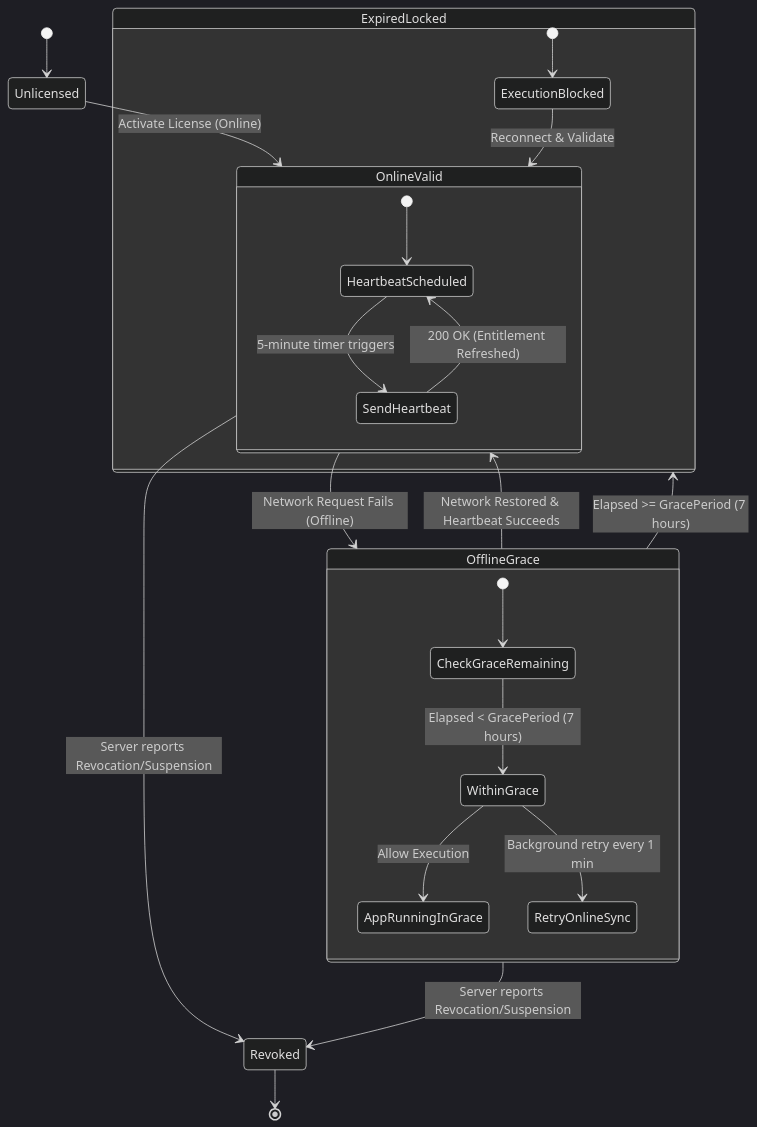
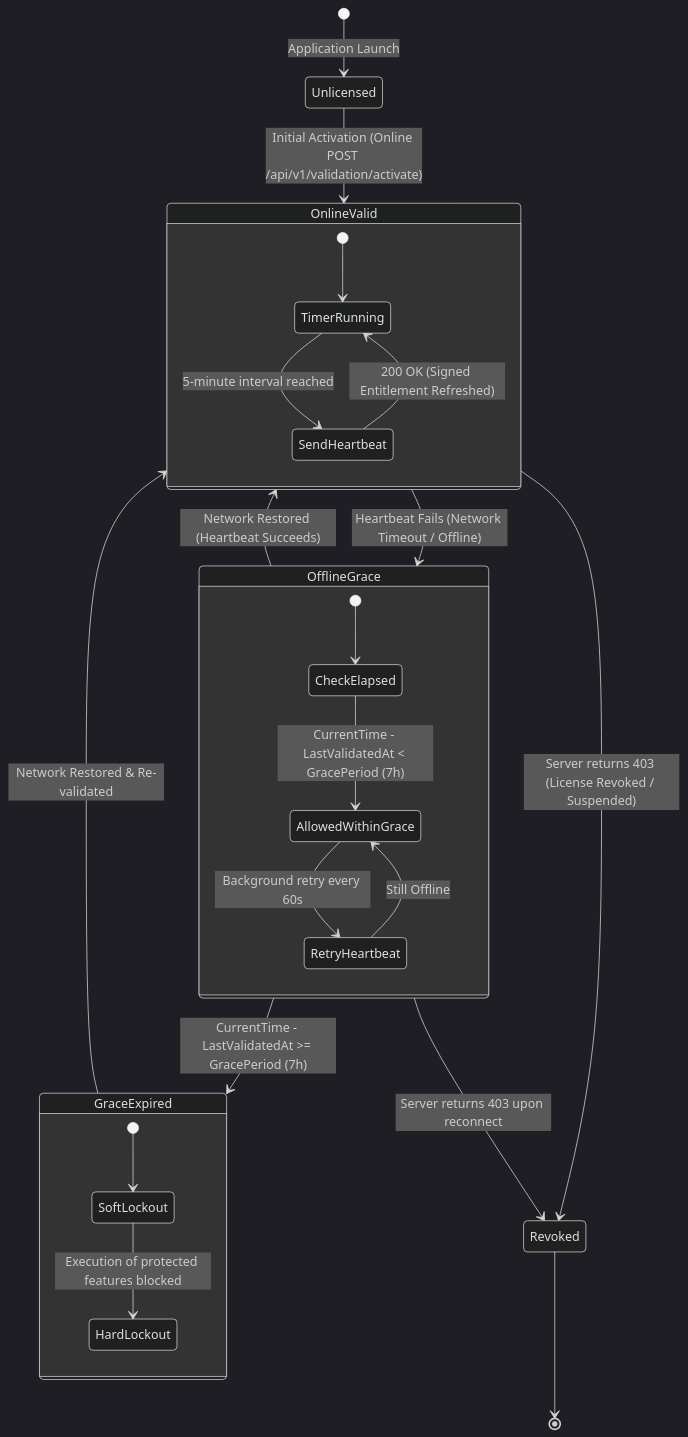
The diagram in docs/architecture/offline-validation.md (AayushSrivastava15/Rightfull), drawn with Mermaid (dark theme) before and after one commit. The commit also changed other lines of this file and 6 other files, not shown here.

Commit message:
docs(architecture): complete Step 3.3 database architecture, entity mapping, and security design

````diff
--- a/docs/architecture/offline-validation.md
+++ b/docs/architecture/offline-validation.md
@@ -16,33 +17,35 @@
 ```mermaid
 stateDiagram-v2
-    [*] --> Unlicensed
+    [*] --> Unlicensed : Application Launch
     
-    Unlicensed --> OnlineValid : Activate License (Online)
+    Unlicensed --> OnlineValid : Initial Activation (Online POST /api/v1/validation/activate)
     
     state OnlineValid {
-        [*] --> HeartbeatScheduled
-        HeartbeatScheduled --> SendHeartbeat : 5-minute timer triggers
-        SendHeartbeat --> HeartbeatScheduled : 200 OK (Entitlement Refreshed)
+        [*] --> TimerRunning
+        TimerRunning --> SendHeartbeat : 5-minute interval reached
+        SendHeartbeat --> TimerRunning : 200 OK (Signed Entitlement Refreshed)
     }
 
-    OnlineValid --> OfflineGrace : Network Request Fails (Offline)
+    OnlineValid --> OfflineGrace : Heartbeat Fails (Network Timeout / Offline)
     
     state OfflineGrace {
-        [*] --> CheckGraceRemaining
-        CheckGraceRemaining --> WithinGrace : Elapsed < GracePeriod (7 hours)
-        WithinGrace --> AppRunningInGrace : Allow Execution
-        WithinGrace --> RetryOnlineSync : Background retry every 1 min
+        [*] --> CheckElapsed
+        CheckElapsed --> AllowedWithinGrace : CurrentTime - LastValidatedAt < GracePeriod (7h)
+        AllowedWithinGrace --> RetryHeartbeat : Background retry every 60s
+        RetryHeartbeat --> AllowedWithinGrace : Still Offline
     }
 
-    OfflineGrace --> OnlineValid : Network Restored & Heartbeat Succeeds
-    OfflineGrace --> ExpiredLocked : Elapsed >= GracePeriod (7 hours)
+    OfflineGrace --> OnlineValid : Network Restored (Heartbeat Succeeds)
+    OfflineGrace --> GraceExpired : CurrentTime - LastValidatedAt >= GracePeriod (7h)
     
-    state ExpiredLocked {
-        [*] --> ExecutionBlocked
-        ExecutionBlocked --> OnlineValid : Reconnect & Validate
+    state GraceExpired {
+        [*] --> SoftLockout
+        SoftLockout --> HardLockout : Execution of protected features blocked
     }
 
-    OnlineValid --> Revoked : Server reports Revocation/Suspension
-    OfflineGrace --> Revoked : Server reports Revocation/Suspension
+    GraceExpired --> OnlineValid : Network Restored & Re-validated
+    
+    OnlineValid --> Revoked : Server returns 403 (License Revoked / Suspended)
+    OfflineGrace --> Revoked : Server returns 403 upon reconnect
     Revoked --> [*]
 ```
````
